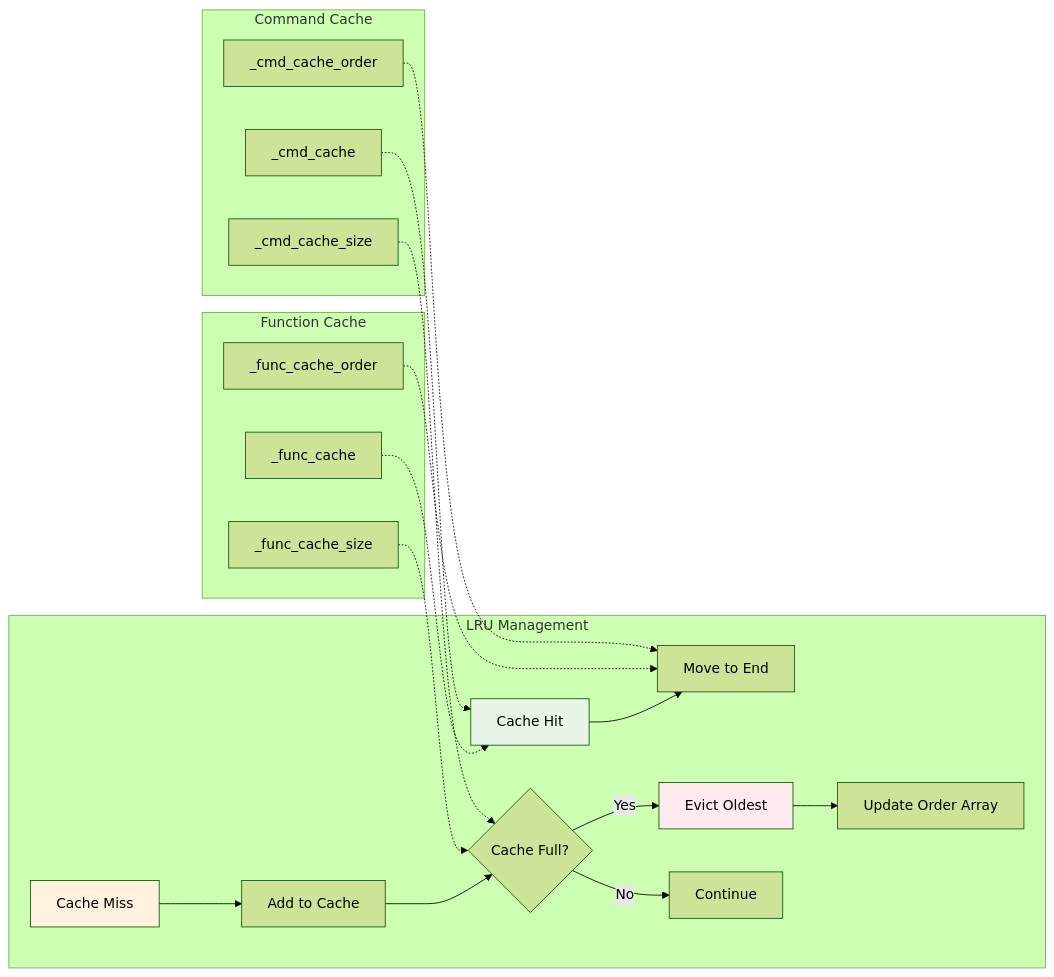
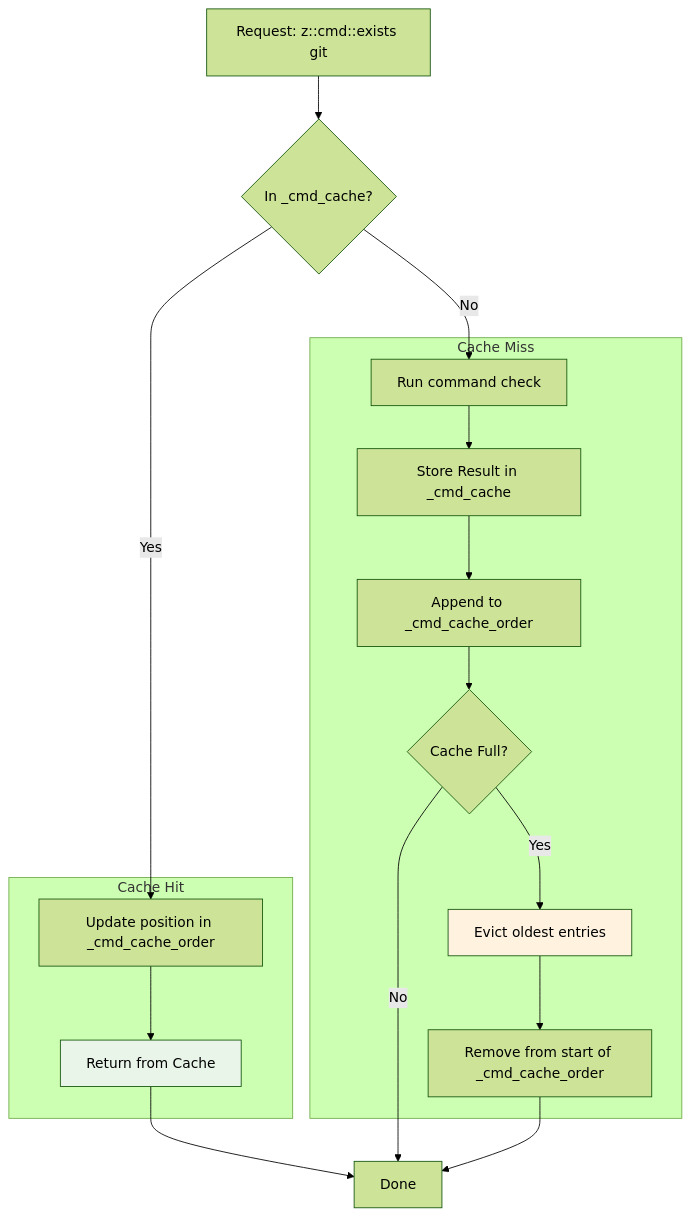
Before and after one commit to Khodaparastan/zcore: the third of 3 diagrams in docs/ARCHITECTURE.md, drawn with Mermaid (forest theme). The commit also changed other lines of this file, not shown here.

Commit message:
docs: Revamp Zcore architecture documentation

````diff
--- a/docs/ARCHITECTURE.md
+++ b/docs/ARCHITECTURE.md
@@ -243,34 +123,31 @@
 ```mermaid
-graph LR
-    subgraph "Function Cache"
-        A[_func_cache]
-        B[_func_cache_order]
-        C[_func_cache_size]
-    end
+flowchart TD
+  A["Request: z::cmd::exists git"] --> B{In _cmd_cache?}
 
-    subgraph "Command Cache"
-        D[_cmd_cache]
-        E[_cmd_cache_order]
-        F[_cmd_cache_size]
-    end
+  B -->|Yes| K
+  B -->|No| D
 
-    subgraph "LRU Management"
-        G[Cache Hit] --> H[Move to End]
-        I[Cache Miss] --> J[Add to Cache]
-        J --> K{Cache Full?}
-        K -->|Yes| L[Evict Oldest]
-        K -->|No| M[Continue]
-        L --> N[Update Order Array]
-    end
+  subgraph CacheHit["Cache Hit"]
+    K["Update position in _cmd_cache_order"]
+    K --> ReturnCache["Return from Cache"]
+  end
 
-    A -.-> G
-    D -.-> G
-    B -.-> H
-    E -.-> H
-    C -.-> K
-    F -.-> K
+  subgraph CacheMiss["Cache Miss"]
+    D["Run command check"]
+    D --> E["Store Result in _cmd_cache"]
+    E --> F["Append to _cmd_cache_order"]
+    F --> G{Cache Full?}
+    G -->|Yes| I["Evict oldest entries"]
+    I --> J["Remove from start of _cmd_cache_order"]
+  end
 
-    style G fill:#e8f5e8
-    style I fill:#fff3e0
-    style L fill:#ffebee
+  H[Done]
+
+  ReturnCache --> H
+  G -->|No| H
+  J --> H
+
+  style ReturnCache fill:#e8f5e8
+  style I fill:#fff3e0
+
 ```
````
